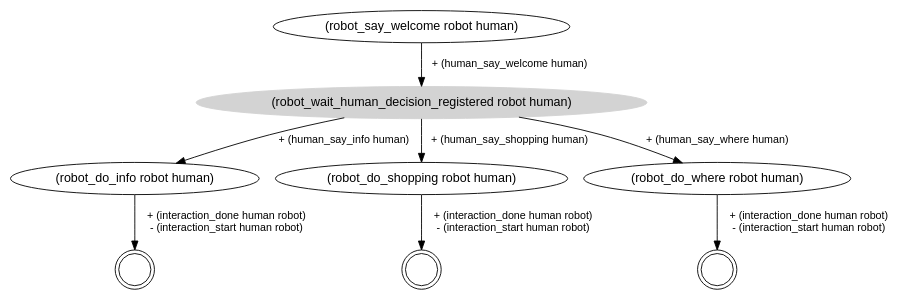
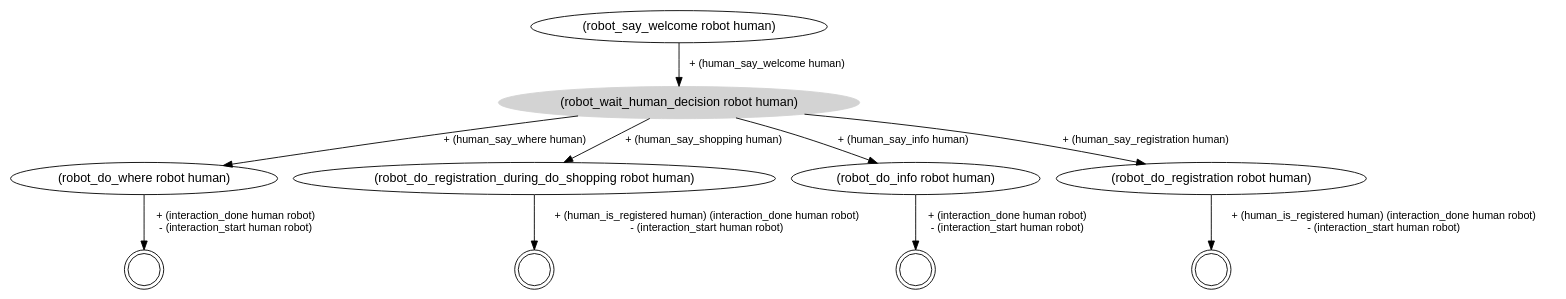
One commit to francescotss/PepperMart changed the diagram in playground/pddl/hri_problem_example_v2.dot. Above: the diagram before and after it, drawn with Graphviz. The commit also changed 3 other files, not shown here.

```diff
--- a/playground/pddl/hri_problem_example_v2.dot
+++ b/playground/pddl/hri_problem_example_v2.dot
@@ -1,22 +1,26 @@
 digraph Struc {
  graph [fontname = "helvetica"];
  node [fontname = "helvetica"];
  edge [fontname = "helvetica"];
  node [shape=ellipse];
  packMode="graph";
  n0 [label="(robot_say_welcome robot human)"];
  n0->n1 [fontsize=12, label="+ (human_say_welcome human)"];
- n1 [style=filled, color=lightgrey, label="(robot_wait_human_decision_registered robot human)"];
- n1->n2 [fontsize=12, label="+ (human_say_info human)"];
+ n1 [style=filled, color=lightgrey, label="(robot_wait_human_decision robot human)"];
+ n1->n2 [fontsize=12, label="+ (human_say_where human)"];
  n1->n3 [fontsize=12, label="+ (human_say_shopping human)"];
- n1->n4 [fontsize=12, label="+ (human_say_where human)"];
- n2 [label="(robot_do_info robot human)"];
- n2->n5 [fontsize=12, label="+ (interaction_done human robot)\n- (interaction_start human robot)"];
- n3 [label="(robot_do_shopping robot human)"];
- n3->n6 [fontsize=12, label="+ (interaction_done human robot)\n- (interaction_start human robot)"];
- n4 [label="(robot_do_where robot human)"];
- n4->n7 [fontsize=12, label="+ (interaction_done human robot)\n- (interaction_start human robot)"];
- n5 [shape=circle,label="",peripheries=2];
+ n1->n4 [fontsize=12, label="+ (human_say_info human)"];
+ n1->n5 [fontsize=12, label="+ (human_say_registration human)"];
+ n2 [label="(robot_do_where robot human)"];
+ n2->n6 [fontsize=12, label="+ (interaction_done human robot)\n- (interaction_start human robot)"];
+ n3 [label="(robot_do_registration_during_do_shopping robot human)"];
+ n3->n7 [fontsize=12, label="+ (human_is_registered human) (interaction_done human robot)\n- (interaction_start human robot)"];
+ n4 [label="(robot_do_info robot human)"];
+ n4->n8 [fontsize=12, label="+ (interaction_done human robot)\n- (interaction_start human robot)"];
+ n5 [label="(robot_do_registration robot human)"];
+ n5->n9 [fontsize=12, label="+ (human_is_registered human) (interaction_done human robot)\n- (interaction_start human robot)"];
  n6 [shape=circle,label="",peripheries=2];
  n7 [shape=circle,label="",peripheries=2];
+ n8 [shape=circle,label="",peripheries=2];
+ n9 [shape=circle,label="",peripheries=2];
 }
```
